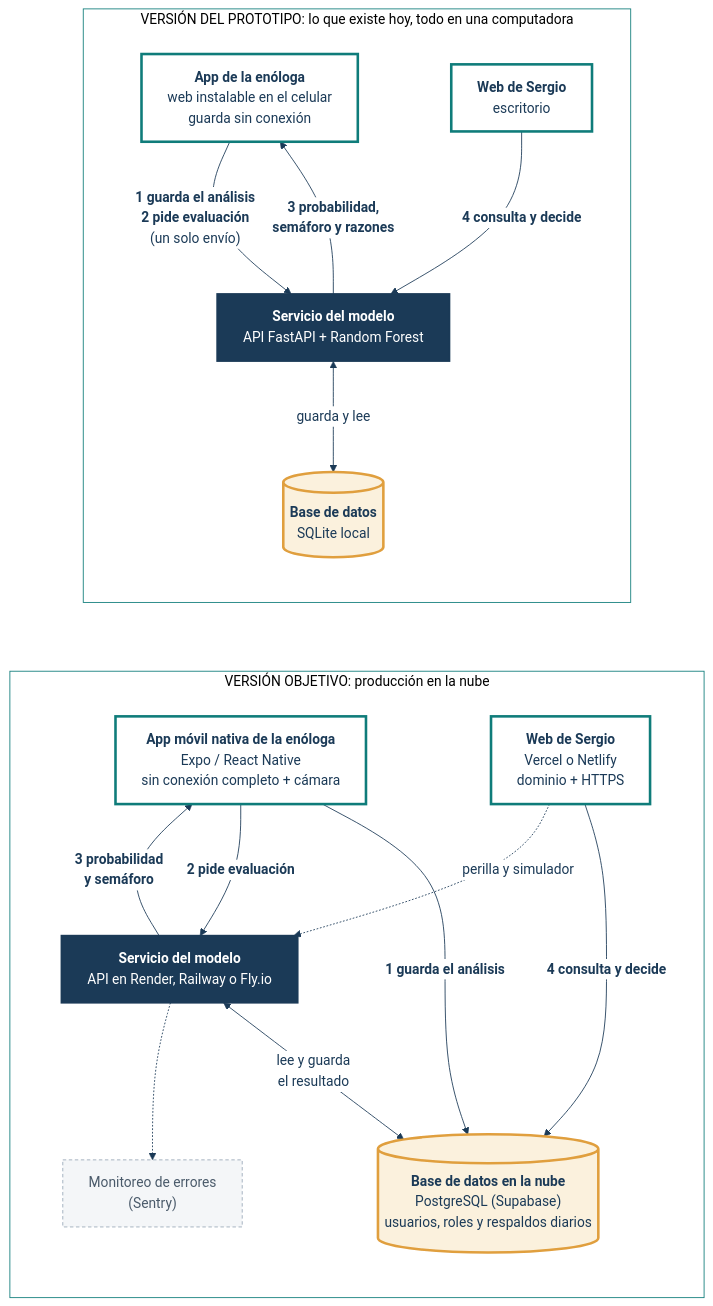
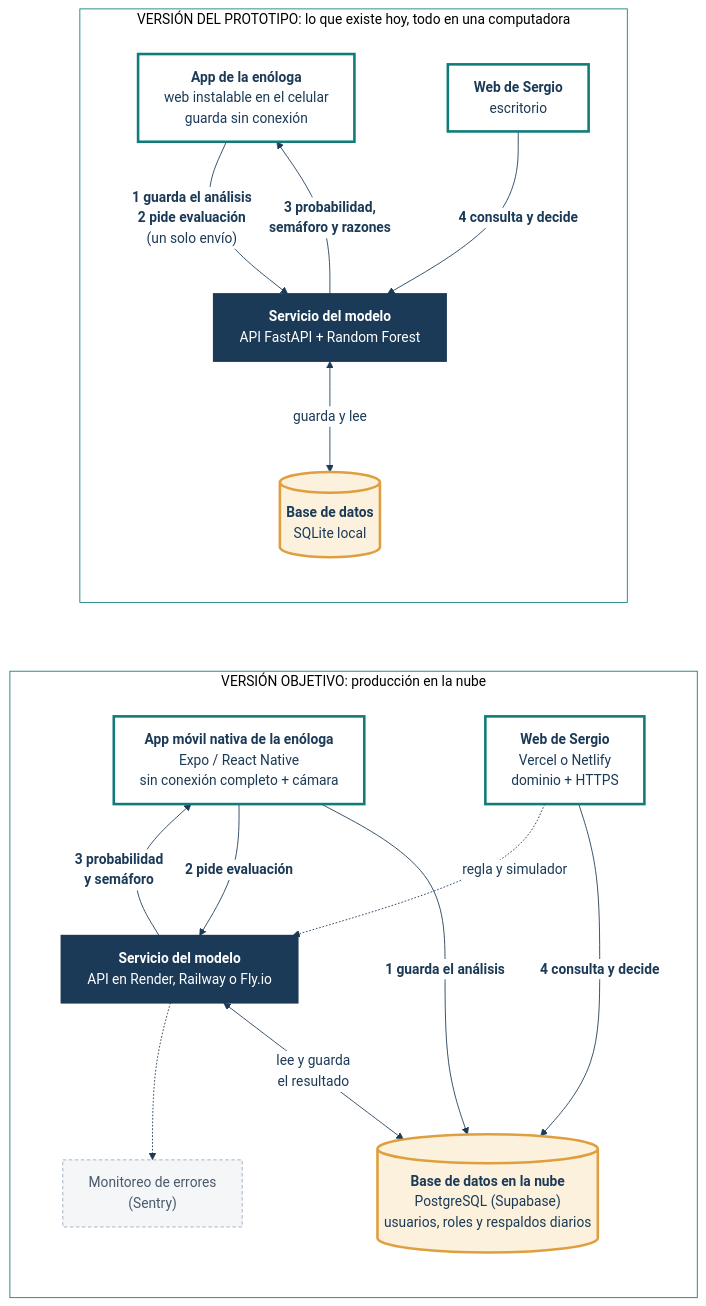
Before and after one commit to vegarios-spec/vinoscore: the diagram in docs/diagramas/arquitectura.mmd, drawn with Mermaid. The commit also changed 7 other files, not shown here.

```diff
--- a/docs/diagramas/arquitectura.mmd
+++ b/docs/diagramas/arquitectura.mmd
@@ -1,40 +1,40 @@
 %%{init: {"theme": "base", "themeVariables": {"fontFamily": "Arial", "fontSize": "16px", "primaryColor": "#ffffff", "primaryTextColor": "#1B3A57", "primaryBorderColor": "#1B3A57", "lineColor": "#1B3A57", "clusterBkg": "#ffffff", "clusterBorder": "#0F7C7A", "edgeLabelBackground": "#ffffff"}, "flowchart": {"curve": "basis", "nodeSpacing": 70, "rankSpacing": 80, "htmlLabels": true, "wrappingWidth": 420}}}%%
 flowchart TB
   subgraph PROTO["VERSIÓN DEL PROTOTIPO: lo que existe hoy, todo en una computadora"]
     direction TB
     PE["<b>App de la enóloga</b><br/>web instalable en el celular<br/>guarda sin conexión"]
     PS["<b>Web de Sergio</b><br/>escritorio"]
     PA["<b>Servicio del modelo</b><br/>API FastAPI + Random Forest"]
     PD[("<b>Base de datos</b><br/>SQLite local")]
     PE -- "<b>1 guarda el análisis</b><br/><b>2 pide evaluación</b><br/>(un solo envío)" --> PA
     PA -- "<b>3 probabilidad,<br/>semáforo y razones</b>" --> PE
     PS -- "<b>4 consulta y decide</b>" --> PA
     PA <-- "guarda y lee" --> PD
   end
 
   subgraph OBJ["VERSIÓN OBJETIVO: producción en la nube"]
     direction TB
     OE["<b>App móvil nativa de la enóloga</b><br/>Expo / React Native<br/>sin conexión completo + cámara"]
     OS["<b>Web de Sergio</b><br/>Vercel o Netlify<br/>dominio + HTTPS"]
     OA["<b>Servicio del modelo</b><br/>API en Render, Railway o Fly.io"]
     OD[("<b>Base de datos en la nube</b><br/>PostgreSQL (Supabase)<br/>usuarios, roles y respaldos diarios")]
     OM["Monitoreo de errores<br/>(Sentry)"]
     OE -- "<b>1 guarda el análisis</b>" --> OD
     OE -- "<b>2 pide evaluación</b>" --> OA
     OA -- "<b>3 probabilidad<br/>y semáforo</b>" --> OE
     OA <-- "lee y guarda<br/>el resultado" --> OD
     OS -- "<b>4 consulta y decide</b>" --> OD
-    OS -. "perilla y simulador" .-> OA
+    OS -. "regla y simulador" .-> OA
     OA -.-> OM
   end
 
   PROTO ~~~ OBJ
 
   classDef app fill:#ffffff,stroke:#0F7C7A,stroke-width:3px,color:#1B3A57
   classDef api fill:#1B3A57,stroke:#1B3A57,stroke-width:2px,color:#ffffff
   classDef bd fill:#FBF1DD,stroke:#E09F3E,stroke-width:3px,color:#1B3A57
   classDef aux fill:#F4F6F8,stroke:#9AA9B8,stroke-dasharray:4 3,color:#4A5A6A
   class PE,OE,PS,OS app
   class PA,OA api
   class PD,OD bd
   class OM aux
```
